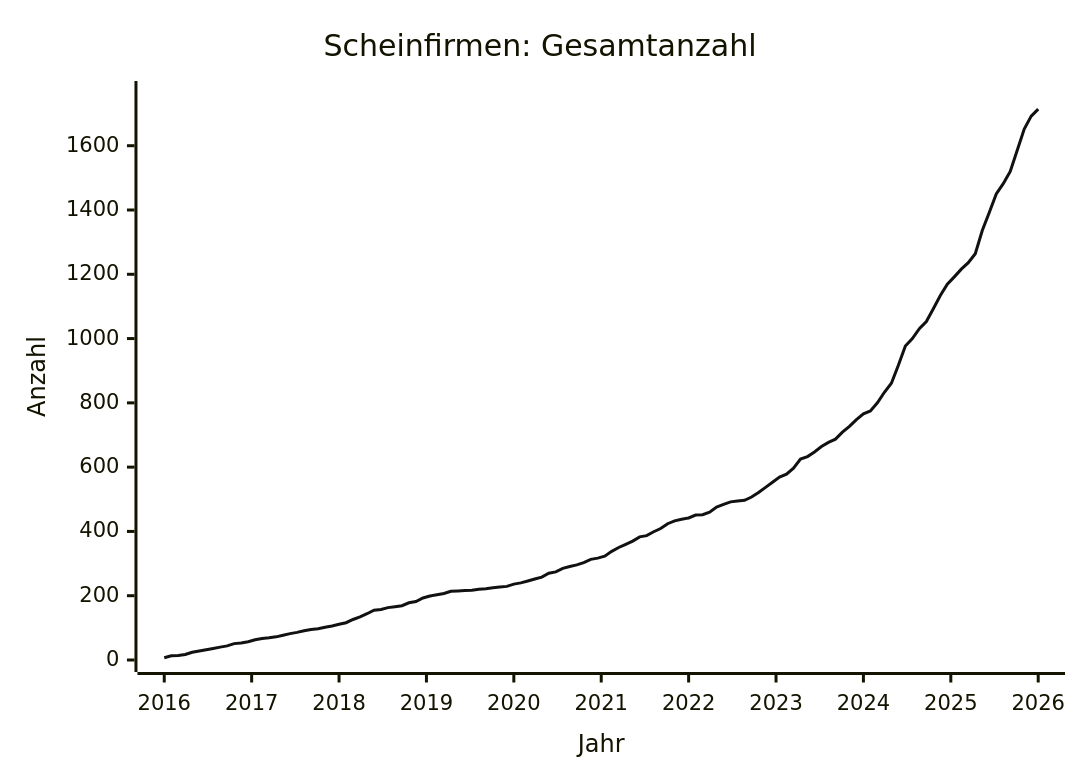
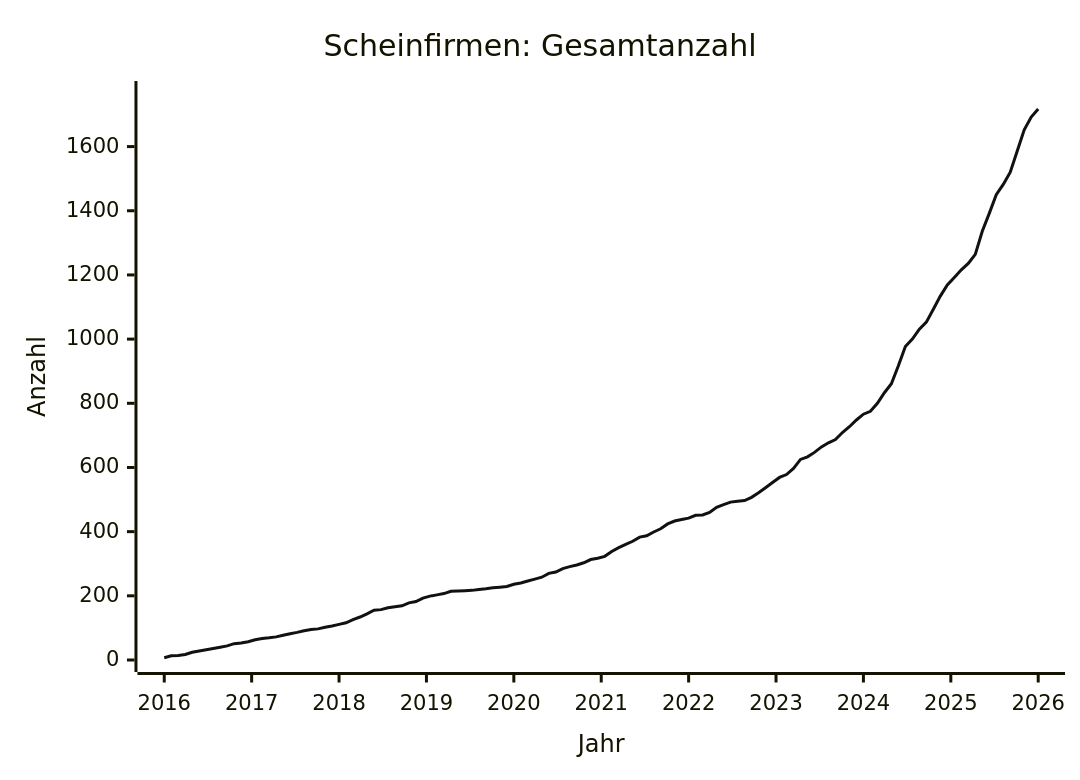
One commit to arjoma/scheinfirmen-at changed the diagram in data/STATS.md. Above: the diagram before and after it, drawn with Mermaid. The commit also changed other lines of this file and 3 other files, not shown here.

````diff
--- a/data/STATS.md
+++ b/data/STATS.md
@@ -9,13 +9,13 @@
 ```mermaid
 ---
 config:
   themeVariables:
     xyChart:
       plotColorPalette: "#111111"
 ---
 xychart-beta
     title "Scheinfirmen: Gesamtanzahl"
     x-axis "Jahr" 2016 --> 2026
-    y-axis "Anzahl" 0 --> 1764
-    line [7, 13, 14, 17, 24, 28, 32, 36, 40, 44, 51, 53, 57, 63, 67, 69, 72, 77, 82, 86, 91, 95, 97, 102, 106, 111, 116, 126, 134, 144, 155, 157, 163, 166, 169, 178, 182, 193, 199, 203, 207, 214, 215, 216, 217, 220, 222, 225, 227, 229, 236, 240, 246, 252, 258, 270, 274, 285, 291, 296, 303, 313, 317, 323, 338, 350, 360, 370, 383, 387, 399, 409, 424, 433, 438, 442, 451, 452, 460, 476, 484, 492, 495, 497, 507, 521, 537, 553, 569, 578, 597, 625, 633, 647, 664, 677, 687, 709, 727, 748, 766, 775, 800, 833, 861, 917, 977, 1000, 1031, 1053, 1093, 1134, 1169, 1192, 1216, 1236, 1264, 1336, 1392, 1450, 1482, 1520, 1586, 1652, 1692, 1714]
+    y-axis "Anzahl" 0 --> 1767
+    line [7, 13, 14, 17, 24, 28, 32, 36, 40, 44, 51, 53, 57, 63, 67, 69, 72, 77, 82, 86, 91, 95, 97, 102, 106, 111, 116, 126, 134, 144, 155, 157, 163, 166, 169, 178, 182, 193, 199, 203, 207, 214, 215, 216, 217, 220, 222, 225, 227, 229, 236, 240, 246, 252, 258, 270, 274, 285, 291, 296, 303, 313, 317, 323, 338, 350, 360, 370, 383, 387, 399, 409, 424, 433, 438, 442, 451, 452, 460, 476, 484, 492, 495, 497, 507, 521, 537, 553, 569, 578, 597, 625, 633, 647, 664, 677, 687, 709, 727, 748, 766, 775, 800, 833, 861, 917, 977, 1000, 1031, 1053, 1093, 1134, 1169, 1192, 1216, 1236, 1264, 1336, 1392, 1450, 1482, 1520, 1586, 1652, 1692, 1717]
 ```
````
